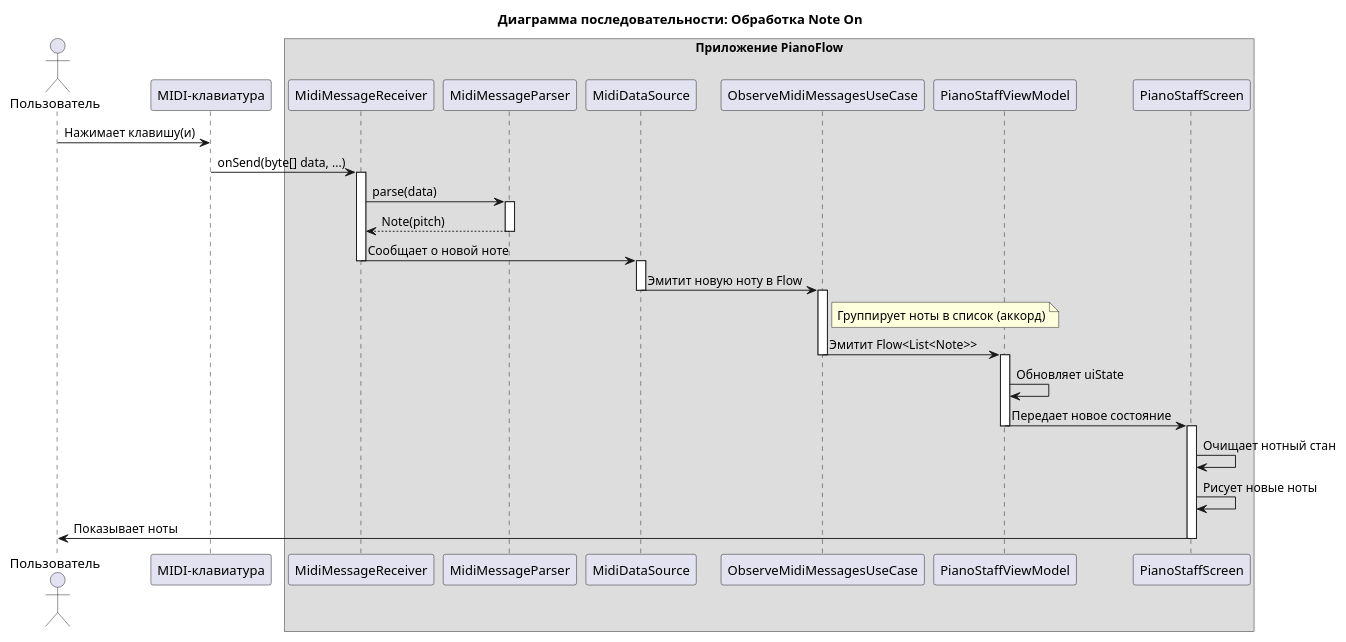
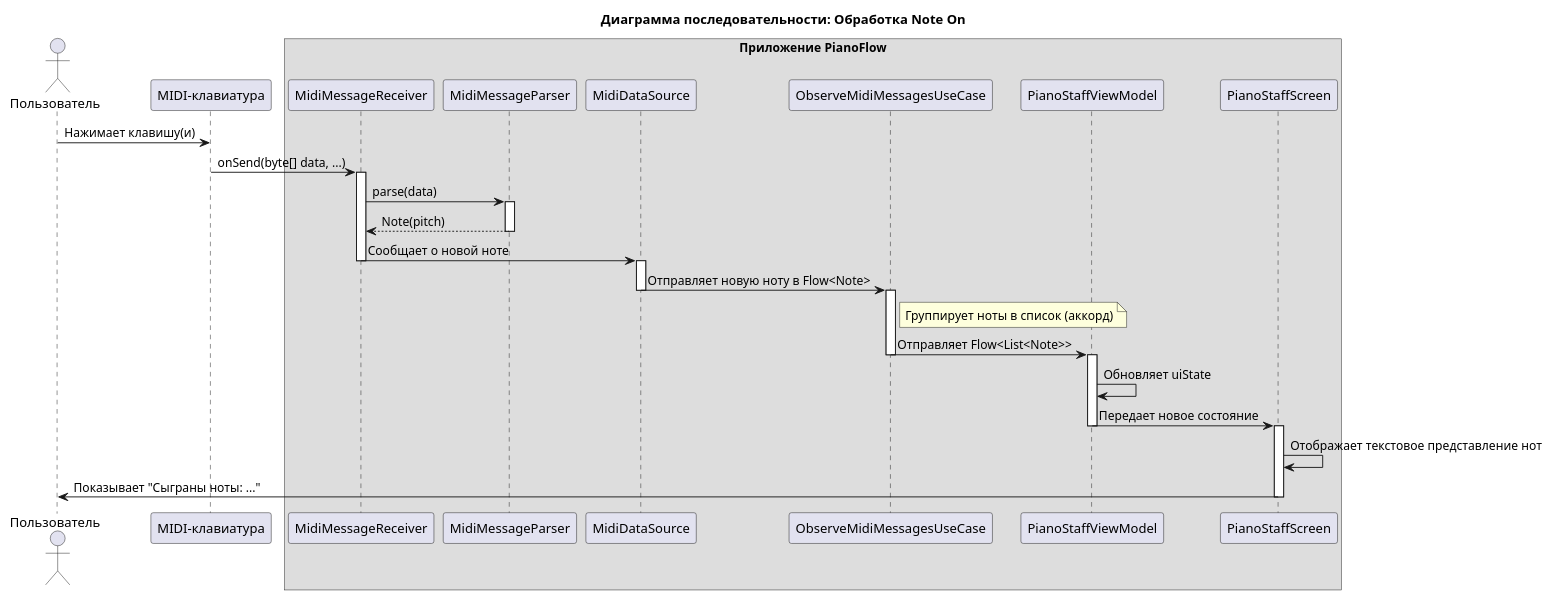
Before and after one commit to astrizhachuk/PianoFlow: the second of 2 diagrams in docs/ts/MIDI_MESSAGE_PROCESSING.md, drawn with PlantUML. The commit also changed other lines of this file and 5 other files, not shown here.

````diff
--- a/docs/ts/MIDI_MESSAGE_PROCESSING.md
+++ b/docs/ts/MIDI_MESSAGE_PROCESSING.md
@@ -177,49 +183,48 @@
 ```plantuml
 @startuml
 title Диаграмма последовательности: Обработка Note On
 
 actor Пользователь as User
 participant "MIDI-клавиатура" as Keyboard
 box "Приложение PianoFlow"
   participant "MidiMessageReceiver" as Receiver
   participant "MidiMessageParser" as Parser
   participant "MidiDataSource" as DS
   participant "ObserveMidiMessagesUseCase" as UC
   participant "PianoStaffViewModel" as VM
   participant "PianoStaffScreen" as Screen
 end box
 
 User -> Keyboard : Нажимает клавишу(и)
 Keyboard -> Receiver : onSend(byte[] data, ...)
 activate Receiver
 
 Receiver -> Parser : parse(data)
 activate Parser
 Parser --> Receiver : Note(pitch)
 deactivate Parser
 
 Receiver -> DS : Сообщает о новой ноте
 deactivate Receiver
 activate DS
 
-DS -> UC : Эмитит новую ноту в Flow
+DS -> UC : Отправляет новую ноту в Flow<Note>
 deactivate DS
 activate UC
 
 note right of UC: Группирует ноты в список (аккорд)
-UC -> VM : Эмитит Flow<List<Note>>
+UC -> VM : Отправляет Flow<List<Note>>
 deactivate UC
 activate VM
 
 VM -> VM : Обновляет uiState
 VM -> Screen : Передает новое состояние
 deactivate VM
 activate Screen
 
-Screen -> Screen : Очищает нотный стан
-Screen -> Screen : Рисует новые ноты
-Screen -> User : Показывает ноты
+Screen -> Screen : Отображает текстовое представление нот
+Screen -> User : Показывает "Сыграны ноты: ..."
 deactivate Screen
 
 @enduml
 ```
````
